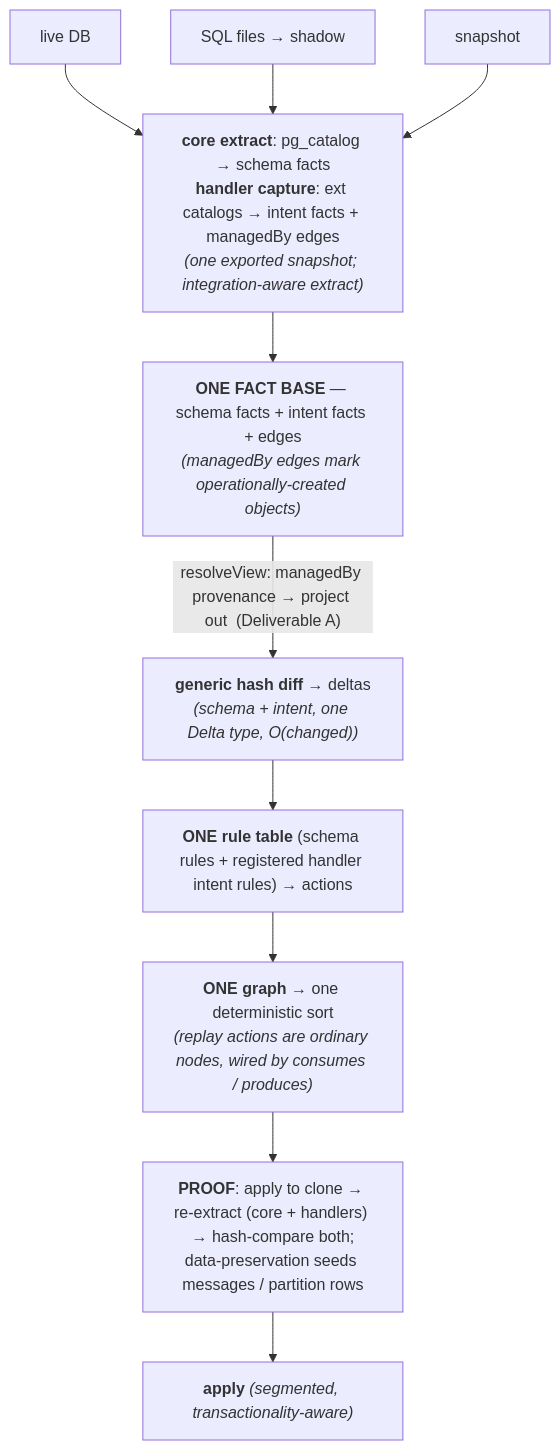
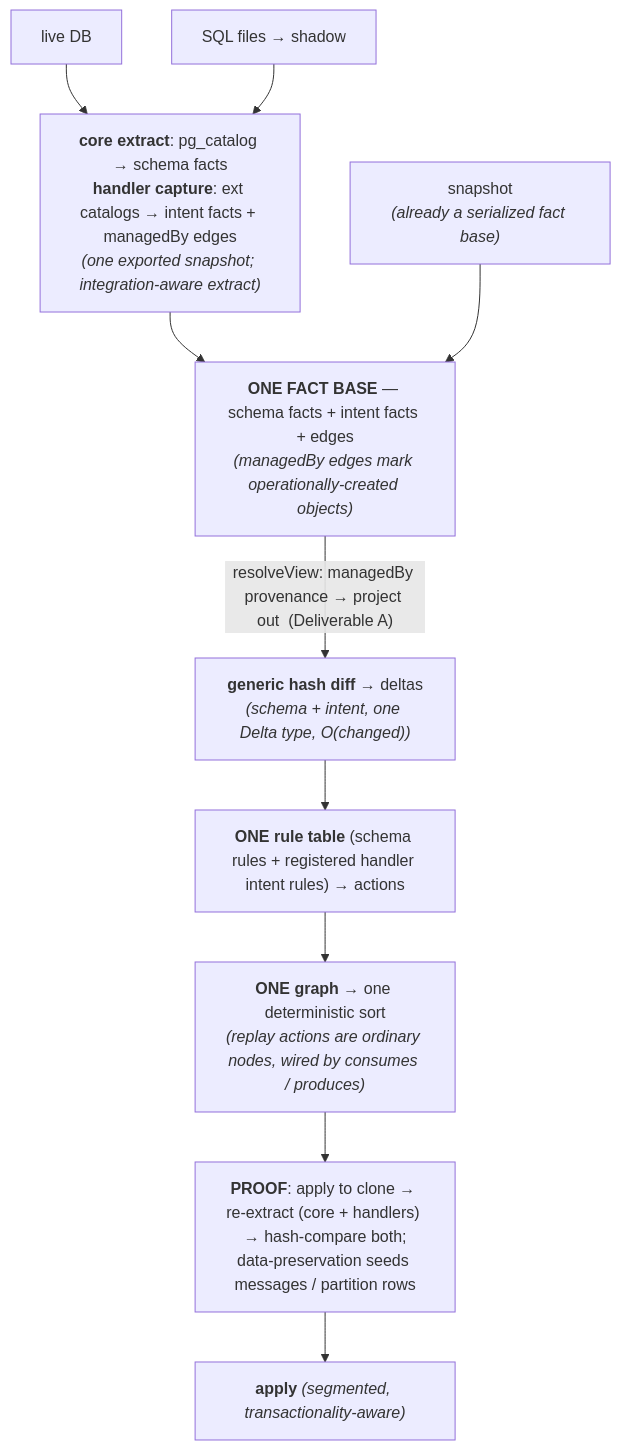
One commit to supabase/pg-delta changed the diagram in docs/architecture/extension-intent.md. Above: the diagram before and after it, drawn with Mermaid. The commit also changed 2 other files, not shown here.

Commit message:
docs(pg-delta): address Codex review on diagram semantics and vault wording
- managed-view diagram: prove and apply branch separately from the
  ordered plan (the flowchart previously read as apply-then-prove).
- extension-intent diagram: a saved snapshot is already a serialized
  fact base, so it joins the fact base directly instead of routing
  through extract/handler capture.
- getting-started: the raw profile's vault handler provides extension
  presence plus best-effort plan warnings; secret state is never read
  or captured (previous wording overclaimed detection).

Claude-Session: https://claude.ai/code/session_01QChKmcrCBQFYmwCmzXvvTD

````diff
--- a/docs/architecture/extension-intent.md
+++ b/docs/architecture/extension-intent.md
@@ -312,13 +312,13 @@
 ```mermaid
 flowchart TB
     LIVE["live DB"] --> EX
     FILES["SQL files → shadow"] --> EX
-    SNAP["snapshot"] --> EX
     EX["<b>core extract</b>: pg_catalog → schema facts<br/><b>handler capture</b>: ext catalogs → intent facts + managedBy edges<br/><i>(one exported snapshot; integration-aware extract)</i>"]
     EX --> FB["<b>ONE FACT BASE</b> — schema facts + intent facts + edges<br/><i>(managedBy edges mark operationally-created objects)</i>"]
+    SNAP["snapshot<br/><i>(already a serialized fact base)</i>"] --> FB
     FB -->|"resolveView: managedBy provenance → project out&nbsp;&nbsp;(Deliverable A)"| DIFF["<b>generic hash diff</b> → deltas<br/><i>(schema + intent, one Delta type, O(changed))</i>"]
     DIFF --> RULES["<b>ONE rule table</b> (schema rules + registered handler intent rules) → actions"]
     RULES --> GRAPH["<b>ONE graph</b> → one deterministic sort<br/><i>(replay actions are ordinary nodes, wired by consumes / produces)</i>"]
     GRAPH --> PROOF["<b>PROOF</b>: apply to clone → re-extract (core + handlers) → hash-compare both;<br/>data-preservation seeds messages / partition rows"]
     PROOF --> APPLY["<b>apply</b> <i>(segmented, transactionality-aware)</i>"]
 ```
````
